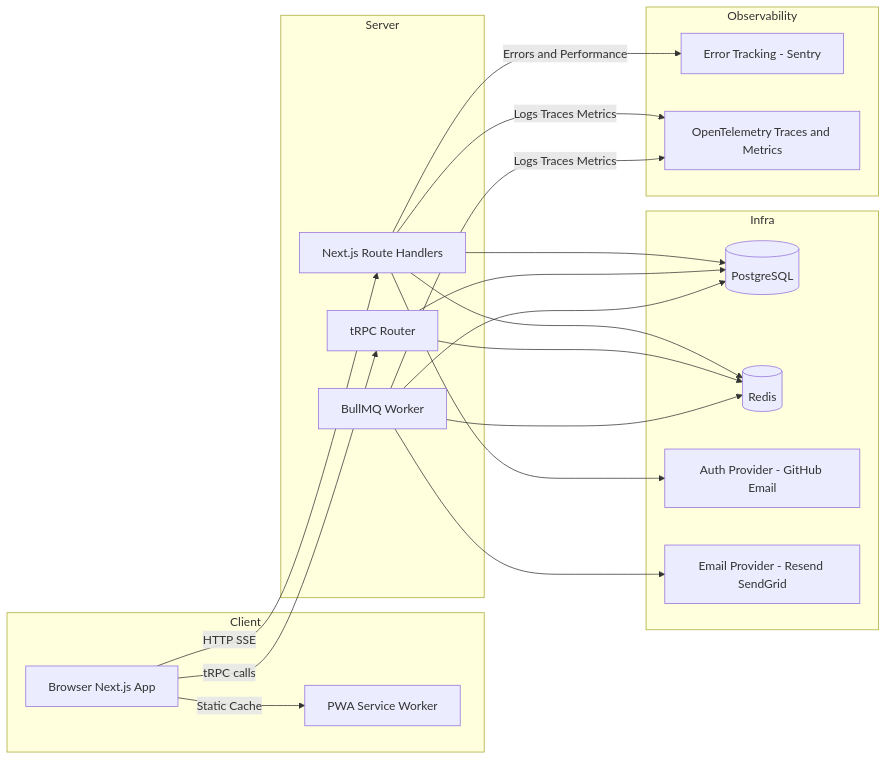
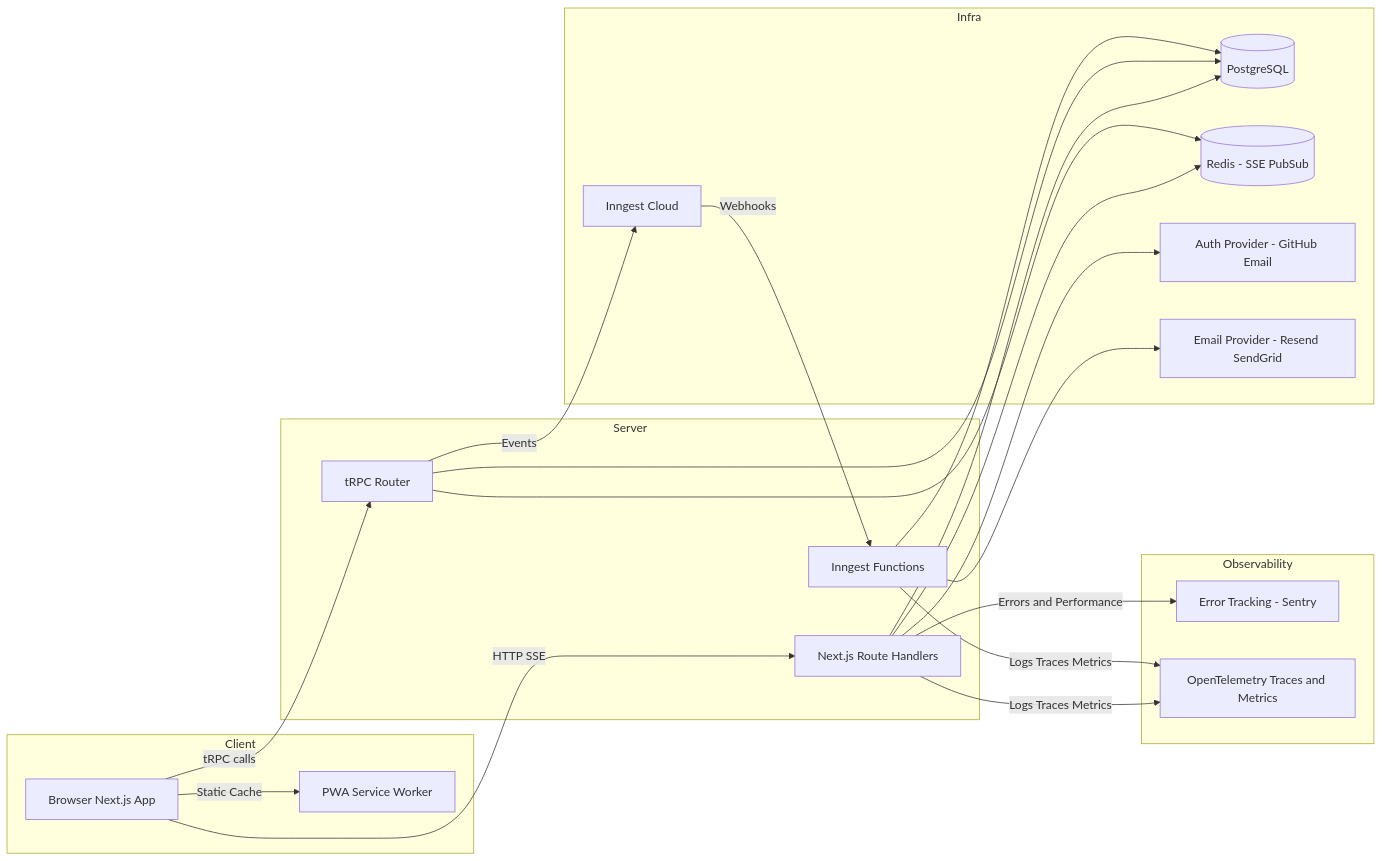
One commit to segmentationfaulter/collab-space changed the diagram in docs/specs.md. Above: the diagram before and after it, drawn with Mermaid. The commit also changed other lines of this file, not shown here.

First line of the commit message:
Update specs to replace BullMQ with Inngest for background jobs

````diff
--- a/docs/specs.md
+++ b/docs/specs.md
@@ -103,43 +105,46 @@
 ```mermaid
 flowchart LR
   subgraph Client
     Br[Browser Next.js App]
     SW[PWA Service Worker]
   end
 
   subgraph Server
     NR[Next.js Route Handlers]
     TRPC[tRPC Router]
-    BG[BullMQ Worker]
+    INN[Inngest Functions]
   end
 
   subgraph Infra
     PG[(PostgreSQL)]
-    R[(Redis)]
+    R[(Redis - SSE PubSub)]
     Auth[Auth Provider - GitHub Email]
     Mail[Email Provider - Resend SendGrid]
+    INC[Inngest Cloud]
   end
 
   subgraph Observability
     S[Error Tracking - Sentry]
     OT[OpenTelemetry Traces and Metrics]
   end
 
   Br -->|HTTP SSE| NR
   Br -->|tRPC calls| TRPC
   Br -->|Static Cache| SW
 
   NR --> PG
   NR --> R
   TRPC --> PG
   TRPC --> R
-  BG --> PG
-  BG --> R
-  BG --> Mail
+  TRPC -->|Events| INC
+
+  INC -->|Webhooks| INN
+  INN --> PG
+  INN --> Mail
 
   NR --> Auth
 
   NR -->|Errors and Performance| S
   NR -->|Logs Traces Metrics| OT
-  BG -->|Logs Traces Metrics| OT
+  INN -->|Logs Traces Metrics| OT
 ```
````
